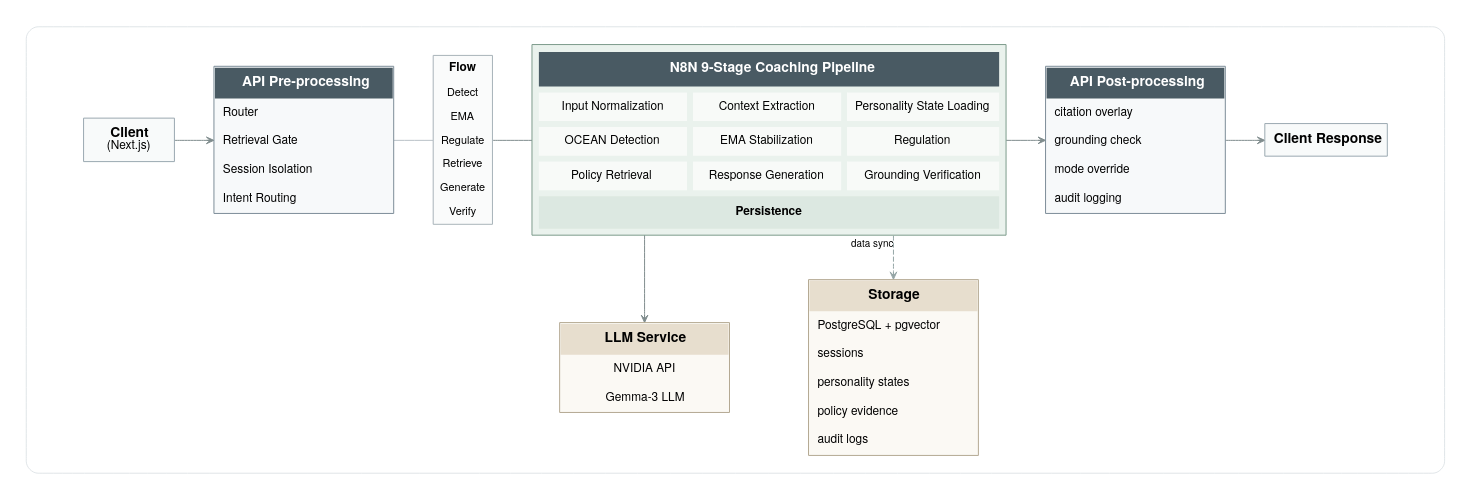
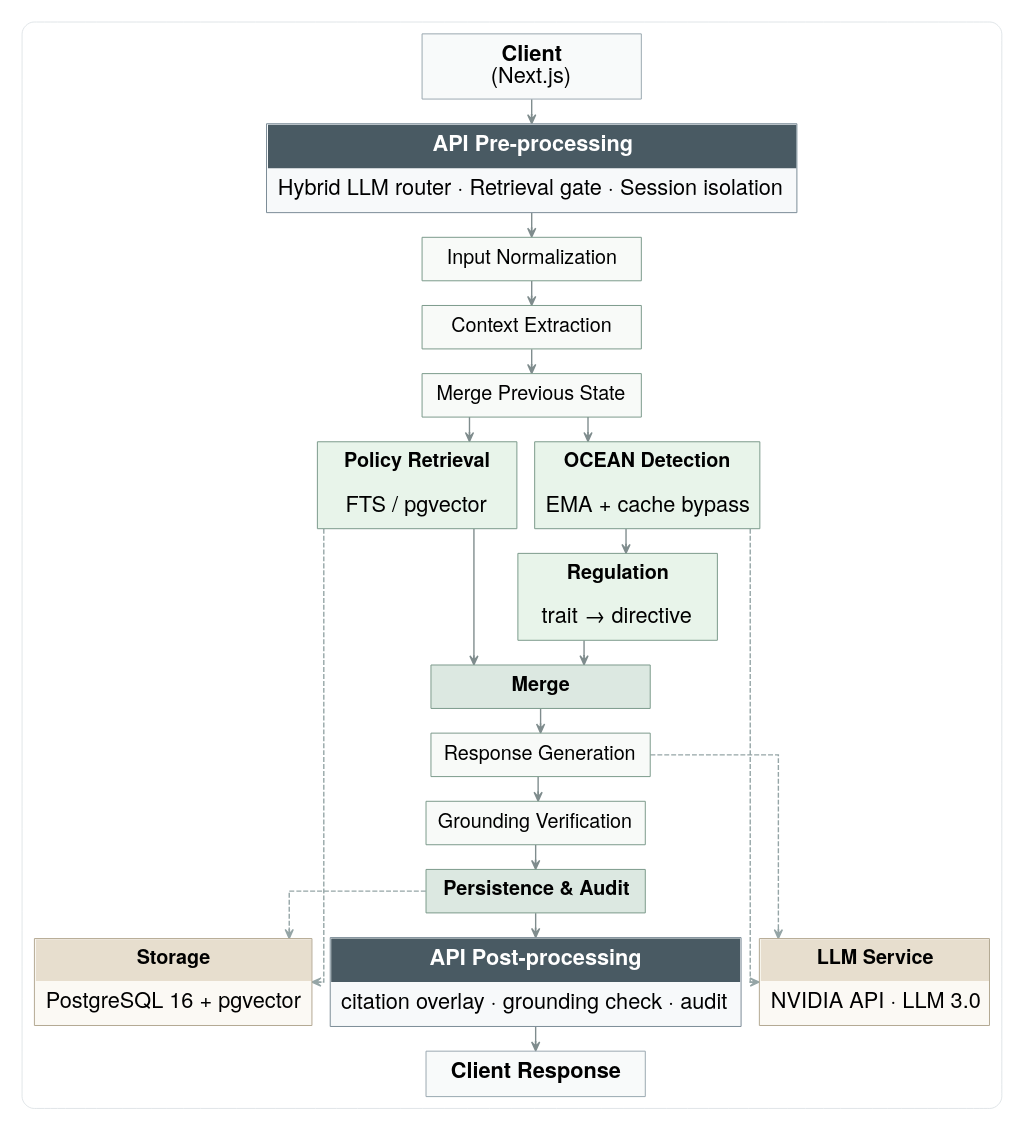
The diagram in visualization/figure1_architecture.dot (jahua/CareLoop), drawn with Graphviz before and after one commit. The commit also changed 20 other files, not shown here.

```diff
--- a/visualization/figure1_architecture.dot
+++ b/visualization/figure1_architecture.dot
@@ -1,160 +1,173 @@
 digraph Big5LoopArchitecture {
   graph [
     bgcolor="white",
-    pad="0.16",
+    pad="0.1",
     margin="0.02",
     rankdir="TB",
-    nodesep="0.55",
-    ranksep="0.62",
+    nodesep="0.25",
+    ranksep="0.35",
     splines="ortho",
     outputorder="edgesfirst",
-    fontname="Helvetica Neue,Arial,Helvetica,sans-serif"
+    fontname="Helvetica Neue,Arial,Helvetica,sans-serif",
+    concentrate="false"
   ];
 
   node [
     shape="plain",
     fontname="Helvetica Neue,Arial,Helvetica,sans-serif",
-    fontsize="12",
-    margin="0.08,0.06"
+    fontsize="16",
+    margin="0.08,0.05"
   ];
 
   edge [
     color="#7F8C8D",
-    penwidth="1.0",
-    arrowsize="0.75",
+    penwidth="1.4",
+    arrowsize="0.9",
     arrowhead="vee",
     fontname="Helvetica Neue,Arial,Helvetica,sans-serif",
-    fontsize="10"
+    fontsize="14"
   ];
 
-  subgraph cluster_system {
+  subgraph cluster_main {
     label="";
     color="#D8DEE2";
     penwidth="0.8";
     style="rounded";
-    margin="18";
+    margin="12";
 
+    /* ── Vertical flow: one node per rank ── */
     client [label=<
-      <TABLE BORDER="1" CELLBORDER="0" CELLSPACING="0" CELLPADDING="8" COLOR="#9AA8B0" BGCOLOR="#F8FAFA">
-        <TR><TD WIDTH="90"><FONT POINT-SIZE="14"><B>Client</B></FONT><BR/><FONT POINT-SIZE="12">(Next.js)</FONT></TD></TR>
+      <TABLE BORDER="1" CELLBORDER="0" CELLSPACING="0" CELLPADDING="10" COLOR="#9AA8B0" BGCOLOR="#F8FAFA">
+        <TR><TD WIDTH="220" ALIGN="CENTER"><FONT POINT-SIZE="22"><B>Client</B></FONT><BR/><FONT POINT-SIZE="22">(Next.js)</FONT></TD></TR>
       </TABLE>
     >];
 
     api_pre [label=<
-      <TABLE BORDER="1" CELLBORDER="0" CELLSPACING="0" CELLPADDING="8" COLOR="#7B8C97" BGCOLOR="#F7F9FA">
-        <TR><TD WIDTH="180" BGCOLOR="#495A63"><FONT COLOR="white" POINT-SIZE="14"><B>API Pre-processing</B></FONT></TD></TR>
-        <TR><TD ALIGN="LEFT"><FONT POINT-SIZE="12">Router</FONT></TD></TR>
-        <TR><TD ALIGN="LEFT"><FONT POINT-SIZE="12">Retrieval Gate</FONT></TD></TR>
-        <TR><TD ALIGN="LEFT"><FONT POINT-SIZE="12">Session Isolation</FONT></TD></TR>
-        <TR><TD ALIGN="LEFT"><FONT POINT-SIZE="12">Intent Routing</FONT></TD></TR>
+      <TABLE BORDER="1" CELLBORDER="0" CELLSPACING="0" CELLPADDING="10" COLOR="#7B8C97" BGCOLOR="#F7F9FA">
+        <TR><TD WIDTH="220" BGCOLOR="#495A63"><FONT COLOR="white" POINT-SIZE="22"><B>API Pre-processing</B></FONT></TD></TR>
+        <TR><TD ALIGN="CENTER"><FONT POINT-SIZE="22">Hybrid LLM router · Retrieval gate · Session isolation</FONT></TD></TR>
       </TABLE>
     >];
 
-    pipeline [label=<
-      <TABLE BORDER="1" CELLBORDER="0" CELLSPACING="6" CELLPADDING="8" COLOR="#7B9A8B" BGCOLOR="#EAF2ED">
-        <TR>
-          <TD COLSPAN="3" BGCOLOR="#495A63" BORDER="0" CELLPADDING="10"><FONT COLOR="white" POINT-SIZE="14"><B>N8N 9-Stage Coaching Pipeline</B></FONT></TD>
-        </TR>
-        <TR>
-          <TD PORT="p11" WIDTH="150" BGCOLOR="#F8FAF8"><FONT POINT-SIZE="12">Input Normalization</FONT></TD>
-          <TD PORT="p12" WIDTH="150" BGCOLOR="#F8FAF8"><FONT POINT-SIZE="12">Context Extraction</FONT></TD>
-          <TD PORT="p13" WIDTH="150" BGCOLOR="#F8FAF8"><FONT POINT-SIZE="12">Personality State Loading</FONT></TD>
-        </TR>
-        <TR>
-          <TD PORT="p21" WIDTH="150" BGCOLOR="#F8FAF8"><FONT POINT-SIZE="12">OCEAN Detection</FONT></TD>
-          <TD PORT="p22" WIDTH="150" BGCOLOR="#F8FAF8"><FONT POINT-SIZE="12">EMA Stabilization</FONT></TD>
-          <TD PORT="p23" WIDTH="150" BGCOLOR="#F8FAF8"><FONT POINT-SIZE="12">Regulation</FONT></TD>
-        </TR>
-        <TR>
-          <TD PORT="p31" WIDTH="150" BGCOLOR="#F8FAF8"><FONT POINT-SIZE="12">Policy Retrieval</FONT></TD>
-          <TD PORT="response" WIDTH="150" BGCOLOR="#F8FAF8"><FONT POINT-SIZE="12">Response Generation</FONT></TD>
-          <TD PORT="exit" WIDTH="150" BGCOLOR="#F8FAF8"><FONT POINT-SIZE="12">Grounding Verification</FONT></TD>
-        </TR>
-        <TR>
-          <TD PORT="persist" COLSPAN="3" WIDTH="450" BGCOLOR="#DCE8E1" CELLPADDING="10"><FONT POINT-SIZE="12"><B>Persistence</B></FONT></TD>
-        </TR>
+    input_norm [label=<
+      <TABLE BORDER="1" CELLBORDER="0" CELLSPACING="0" CELLPADDING="10" COLOR="#7B9A8B" BGCOLOR="#F8FAF8">
+        <TR><TD WIDTH="220" ALIGN="CENTER"><FONT POINT-SIZE="20">Input Normalization</FONT></TD></TR>
+      </TABLE>
+    >];
+
+    context_extract [label=<
+      <TABLE BORDER="1" CELLBORDER="0" CELLSPACING="0" CELLPADDING="10" COLOR="#7B9A8B" BGCOLOR="#F8FAF8">
+        <TR><TD WIDTH="220" ALIGN="CENTER"><FONT POINT-SIZE="20">Context Extraction</FONT></TD></TR>
+      </TABLE>
+    >];
+
+    merge_prev [label=<
+      <TABLE BORDER="1" CELLBORDER="0" CELLSPACING="0" CELLPADDING="10" COLOR="#7B9A8B" BGCOLOR="#F8FAF8">
+        <TR><TD WIDTH="220" ALIGN="CENTER"><FONT POINT-SIZE="20">Merge Previous State</FONT></TD></TR>
+      </TABLE>
+    >];
+
+    /* ── Parallel branch: symmetric split ── */
+    detect [label=<
+      <TABLE BORDER="1" CELLBORDER="0" CELLSPACING="0" CELLPADDING="10" COLOR="#7B9A8B" BGCOLOR="#E8F4EA">
+        <TR><TD WIDTH="200" ALIGN="CENTER"><FONT POINT-SIZE="20"><B>OCEAN Detection</B></FONT></TD></TR>
+        <TR><TD ALIGN="CENTER"><FONT POINT-SIZE="22">EMA + cache bypass</FONT></TD></TR>
+      </TABLE>
+    >];
+
+    retrieval [label=<
+      <TABLE BORDER="1" CELLBORDER="0" CELLSPACING="0" CELLPADDING="10" COLOR="#7B9A8B" BGCOLOR="#E8F4EA">
+        <TR><TD WIDTH="200" ALIGN="CENTER"><FONT POINT-SIZE="20"><B>Policy Retrieval</B></FONT></TD></TR>
+        <TR><TD ALIGN="CENTER"><FONT POINT-SIZE="22">FTS / pgvector</FONT></TD></TR>
+      </TABLE>
+    >];
+
+    regulation [label=<
+      <TABLE BORDER="1" CELLBORDER="0" CELLSPACING="0" CELLPADDING="10" COLOR="#7B9A8B" BGCOLOR="#E8F4EA">
+        <TR><TD WIDTH="200" ALIGN="CENTER"><FONT POINT-SIZE="20"><B>Regulation</B></FONT></TD></TR>
+        <TR><TD ALIGN="CENTER"><FONT POINT-SIZE="22">trait → directive</FONT></TD></TR>
+      </TABLE>
+    >];
+
+    merge [label=<
+      <TABLE BORDER="1" CELLBORDER="0" CELLSPACING="0" CELLPADDING="10" COLOR="#7B9A8B" BGCOLOR="#DCE8E1">
+        <TR><TD WIDTH="220" ALIGN="CENTER"><FONT POINT-SIZE="20"><B>Merge</B></FONT></TD></TR>
+      </TABLE>
+    >];
+
+    generate [label=<
+      <TABLE BORDER="1" CELLBORDER="0" CELLSPACING="0" CELLPADDING="10" COLOR="#7B9A8B" BGCOLOR="#F8FAF8">
+        <TR><TD WIDTH="220" ALIGN="CENTER"><FONT POINT-SIZE="20">Response Generation</FONT></TD></TR>
+      </TABLE>
+    >];
+
+    verify [label=<
+      <TABLE BORDER="1" CELLBORDER="0" CELLSPACING="0" CELLPADDING="10" COLOR="#7B9A8B" BGCOLOR="#F8FAF8">
+        <TR><TD WIDTH="220" ALIGN="CENTER"><FONT POINT-SIZE="20">Grounding Verification</FONT></TD></TR>
+      </TABLE>
+    >];
+
+    persist [label=<
+      <TABLE BORDER="1" CELLBORDER="0" CELLSPACING="0" CELLPADDING="10" COLOR="#7B9A8B" BGCOLOR="#DCE8E1">
+        <TR><TD WIDTH="220" ALIGN="CENTER"><FONT POINT-SIZE="20"><B>Persistence &amp; Audit</B></FONT></TD></TR>
       </TABLE>
     >];
 
     api_post [label=<
-      <TABLE BORDER="1" CELLBORDER="0" CELLSPACING="0" CELLPADDING="8" COLOR="#7B8C97" BGCOLOR="#F7F9FA">
-        <TR><TD WIDTH="180" BGCOLOR="#495A63"><FONT COLOR="white" POINT-SIZE="14"><B>API Post-processing</B></FONT></TD></TR>
-        <TR><TD ALIGN="LEFT"><FONT POINT-SIZE="12">citation overlay</FONT></TD></TR>
-        <TR><TD ALIGN="LEFT"><FONT POINT-SIZE="12">grounding check</FONT></TD></TR>
-        <TR><TD ALIGN="LEFT"><FONT POINT-SIZE="12">mode override</FONT></TD></TR>
-        <TR><TD ALIGN="LEFT"><FONT POINT-SIZE="12">audit logging</FONT></TD></TR>
+      <TABLE BORDER="1" CELLBORDER="0" CELLSPACING="0" CELLPADDING="10" COLOR="#7B8C97" BGCOLOR="#F7F9FA">
+        <TR><TD WIDTH="220" BGCOLOR="#495A63"><FONT COLOR="white" POINT-SIZE="22"><B>API Post-processing</B></FONT></TD></TR>
+        <TR><TD ALIGN="CENTER"><FONT POINT-SIZE="22">citation overlay · grounding check · audit</FONT></TD></TR>
       </TABLE>
     >];
 
     client_response [label=<
-      <TABLE BORDER="1" CELLBORDER="0" CELLSPACING="0" CELLPADDING="8" COLOR="#9AA8B0" BGCOLOR="#F8FAFA">
-        <TR><TD WIDTH="110"><FONT POINT-SIZE="14"><B>Client Response</B></FONT></TD></TR>
+      <TABLE BORDER="1" CELLBORDER="0" CELLSPACING="0" CELLPADDING="10" COLOR="#9AA8B0" BGCOLOR="#F8FAFA">
+        <TR><TD WIDTH="220" ALIGN="CENTER"><FONT POINT-SIZE="22"><B>Client Response</B></FONT></TD></TR>
       </TABLE>
     >];
 
-    flow_note [
-      label=<
-        <TABLE BORDER="1" CELLBORDER="0" CELLSPACING="0" CELLPADDING="6" COLOR="#A7B2B8" BGCOLOR="#FAFBFB">
-          <TR><TD><FONT POINT-SIZE="12"><B>Flow</B></FONT></TD></TR>
-          <TR><TD><FONT POINT-SIZE="11">Detect</FONT></TD></TR>
-          <TR><TD><FONT POINT-SIZE="11">EMA</FONT></TD></TR>
-          <TR><TD><FONT POINT-SIZE="11">Regulate</FONT></TD></TR>
-          <TR><TD><FONT POINT-SIZE="11">Retrieve</FONT></TD></TR>
-          <TR><TD><FONT POINT-SIZE="11">Generate</FONT></TD></TR>
-          <TR><TD><FONT POINT-SIZE="11">Verify</FONT></TD></TR>
-        </TABLE>
-      >
-    ];
-
-    db [label=<
-      <TABLE BORDER="1" CELLBORDER="0" CELLSPACING="0" CELLPADDING="8" COLOR="#B3A892" BGCOLOR="#FBF9F4">
-        <TR><TD WIDTH="170" BGCOLOR="#E7DECE"><FONT POINT-SIZE="14"><B>Storage</B></FONT></TD></TR>
-        <TR><TD ALIGN="LEFT"><FONT POINT-SIZE="12">PostgreSQL + pgvector</FONT></TD></TR>
-        <TR><TD ALIGN="LEFT"><FONT POINT-SIZE="12">sessions</FONT></TD></TR>
-        <TR><TD ALIGN="LEFT"><FONT POINT-SIZE="12">personality states</FONT></TD></TR>
-        <TR><TD ALIGN="LEFT"><FONT POINT-SIZE="12">policy evidence</FONT></TD></TR>
-        <TR><TD ALIGN="LEFT"><FONT POINT-SIZE="12">audit logs</FONT></TD></TR>
+    /* ── Services: symmetric at bottom ── */
+    llm [label=<
+      <TABLE BORDER="1" CELLBORDER="0" CELLSPACING="0" CELLPADDING="10" COLOR="#B3A892" BGCOLOR="#FBF9F4">
+        <TR><TD WIDTH="200" BGCOLOR="#E7DECE"><FONT POINT-SIZE="20"><B>LLM Service</B></FONT></TD></TR>
+        <TR><TD ALIGN="CENTER"><FONT POINT-SIZE="22">NVIDIA API · LLM 3.0</FONT></TD></TR>
       </TABLE>
     >];
 
-    llm [label=<
-      <TABLE BORDER="1" CELLBORDER="0" CELLSPACING="0" CELLPADDING="8" COLOR="#B3A892" BGCOLOR="#FBF9F4">
-        <TR><TD WIDTH="170" BGCOLOR="#E7DECE"><FONT POINT-SIZE="14"><B>LLM Service</B></FONT></TD></TR>
-        <TR><TD><FONT POINT-SIZE="12">NVIDIA API</FONT></TD></TR>
-        <TR><TD><FONT POINT-SIZE="12">Gemma-3 LLM</FONT></TD></TR>
+    db [label=<
+      <TABLE BORDER="1" CELLBORDER="0" CELLSPACING="0" CELLPADDING="10" COLOR="#B3A892" BGCOLOR="#FBF9F4">
+        <TR><TD WIDTH="200" BGCOLOR="#E7DECE"><FONT POINT-SIZE="20"><B>Storage</B></FONT></TD></TR>
+        <TR><TD ALIGN="CENTER"><FONT POINT-SIZE="22">PostgreSQL 16 + pgvector</FONT></TD></TR>
       </TABLE>
     >];
 
-    left_pad [shape="point", width="0.18", height="0.01", label="", style="invis"];
-    bottom_anchor [shape="point", width="0.01", height="0.01", label="", style="invis"];
-    right_pad [shape="point", width="0.18", height="0.01", label="", style="invis"];
+    /* Symmetric parallel pair */
+    { rank=same; detect; retrieval; }
+    { rank=same; llm; db; }
 
-    { rank=same; left_pad; client; api_pre; flow_note; pipeline; api_post; client_response; right_pad; }
-    { rank=same; db; bottom_anchor; llm; }
+    /* ── Vertical main flow ── */
+    client -> api_pre;
+    api_pre -> input_norm;
+    input_norm -> context_extract;
+    context_extract -> merge_prev;
 
-    left_pad -> client [style="invis", weight="2"];
-    client -> api_pre [weight="4"];
-    api_pre -> flow_note [arrowhead="none", color="#A7B2B8", penwidth="0.8", minlen="1"];
-    flow_note -> pipeline:p11 [minlen="1"];
-    pipeline:exit -> api_post [minlen="1"];
-    api_post -> client_response [minlen="1"];
-    client_response -> right_pad [style="invis", weight="2"];
+    merge_prev -> detect;
+    merge_prev -> retrieval;
 
-    pipeline:persist -> db [
-      style="dashed",
-      color="#95A5A6",
-      xlabel="data sync",
-      minlen="1",
-      weight="3"
-    ];
-    pipeline:response -> llm [
-      color="#7F8C8D",
-      minlen="1",
-      weight="3"
-    ];
+    detect -> regulation;
+    regulation -> merge;
+    retrieval -> merge;
 
-    pipeline:persist -> bottom_anchor [style="invis", weight="10"];
-    db -> bottom_anchor [style="invis", weight="8"];
-    bottom_anchor -> llm [style="invis", weight="8"];
+    merge -> generate;
+    generate -> verify;
+    verify -> persist;
+    persist -> api_post;
+    api_post -> client_response;
+
+    /* Service connections */
+    detect -> llm [style="dashed", color="#95A5A6"];
+    generate -> llm [style="dashed", color="#95A5A6"];
+    persist -> db [style="dashed", color="#95A5A6"];
+    retrieval -> db [style="dashed", color="#95A5A6"];
   }
 }
```
